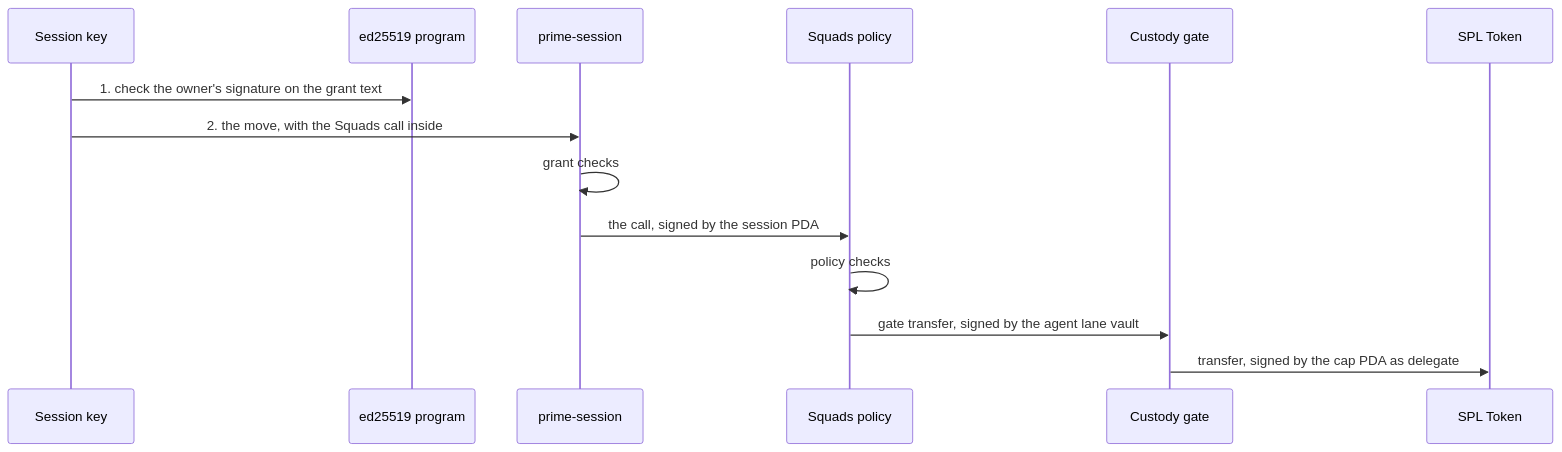
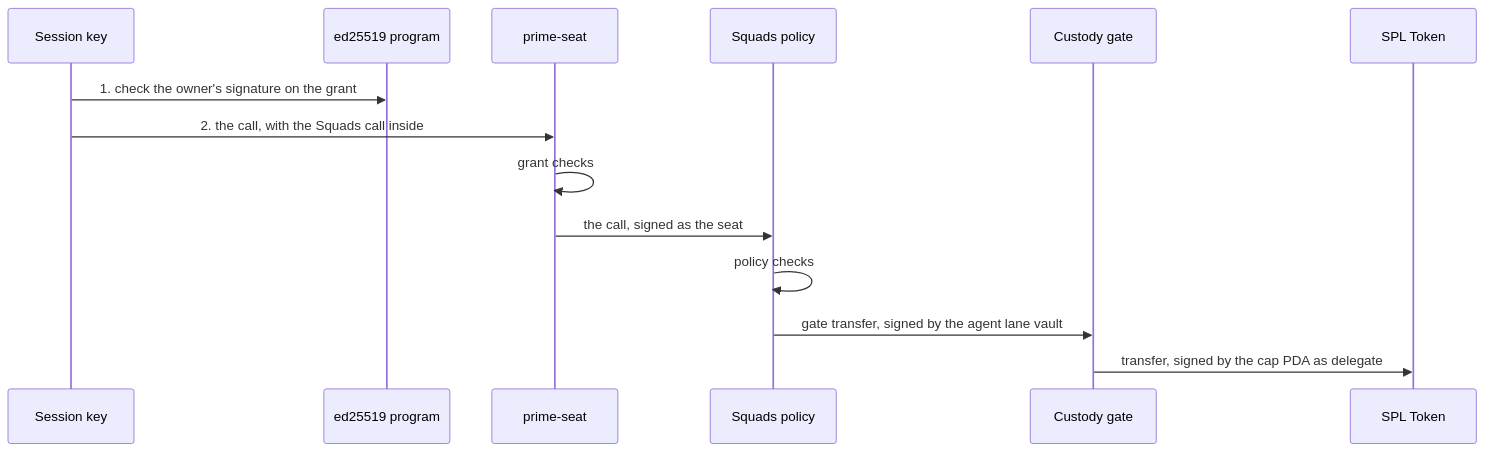
The ninth of 12 diagrams in contracts/solana/README-architecture.md (untangledfinance/oz-policy-builder), drawn with Mermaid before and after one commit. The commit also changed other lines of this file and 11 other files, not shown here.

````diff
--- a/contracts/solana/README-architecture.md
+++ b/contracts/solana/README-architecture.md
@@ -604,16 +543,16 @@
 ```mermaid
 sequenceDiagram
   participant K as Session key
   participant E as ed25519 program
-  participant P as prime-session
+  participant P as prime-seat
   participant S as Squads policy
   participant G as Custody gate
   participant T as SPL Token
-  K->>E: 1. check the owner's signature on the grant text
-  K->>P: 2. the move, with the Squads call inside
+  K->>E: 1. check the owner's signature on the grant
+  K->>P: 2. the call, with the Squads call inside
   P->>P: grant checks
-  P->>S: the call, signed by the session PDA
+  P->>S: the call, signed as the seat
   S->>S: policy checks
   S->>G: gate transfer, signed by the agent lane vault
   G->>T: transfer, signed by the cap PDA as delegate
 ```
````
